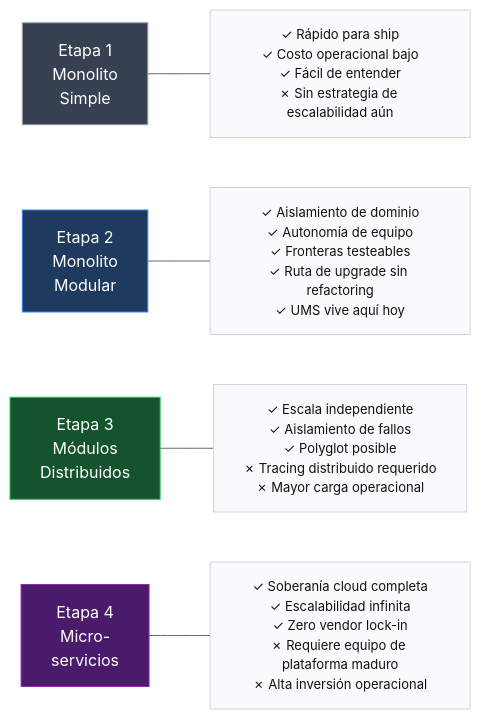
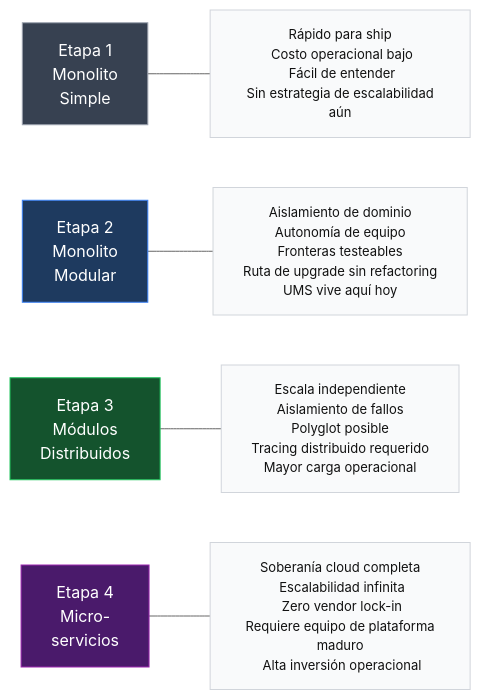
One commit to beyondnetcode/evolith_arch32 changed the second of 4 diagrams in reference/governance/standards/communication/visuals/v02-progressive-journey.es.md. Above: the diagram before and after it, drawn with Mermaid (neutral theme). The commit also changed other lines of this file and 41 other files, not shown here.

````diff
--- a/reference/governance/standards/communication/visuals/v02-progressive-journey.es.md
+++ b/reference/governance/standards/communication/visuals/v02-progressive-journey.es.md
@@ -62,18 +62,18 @@
 ```mermaid
 flowchart LR
     classDef s1 fill:#374151,stroke:#9ca3af,color:#fff
     classDef s2 fill:#1e3a5f,stroke:#3b82f6,color:#fff
     classDef s3 fill:#14532d,stroke:#22c55e,color:#fff
     classDef s4 fill:#4a1a6b,stroke:#9c27b0,color:#fff
     classDef cap fill:#f9fafb,stroke:#d1d5db,color:#111,font-size:13px
 
     S1["Etapa 1\nMonolito\nSimple"]:::s1
     S2["Etapa 2\nMonolito\nModular"]:::s2
     S3["Etapa 3\nMódulos\nDistribuidos"]:::s3
     S4["Etapa 4\nMicro-\nservicios"]:::s4
 
-    S1 --- C1["✓ Rápido para ship\n✓ Costo operacional bajo\n✓ Fácil de entender\n✗ Sin estrategia de escalabilidad aún"]:::cap
-    S2 --- C2["✓ Aislamiento de dominio\n✓ Autonomía de equipo\n✓ Fronteras testeables\n✓ Ruta de upgrade sin refactoring\n✓ UMS vive aquí hoy"]:::cap
-    S3 --- C3["✓ Escala independiente\n✓ Aislamiento de fallos\n✓ Polyglot posible\n✗ Tracing distribuido requerido\n✗ Mayor carga operacional"]:::cap
-    S4 --- C4["✓ Soberanía cloud completa\n✓ Escalabilidad infinita\n✓ Zero vendor lock-in\n✗ Requiere equipo de plataforma maduro\n✗ Alta inversión operacional"]:::cap
+    S1 --- C1[" Rápido para ship\n Costo operacional bajo\n Fácil de entender\n Sin estrategia de escalabilidad aún"]:::cap
+    S2 --- C2[" Aislamiento de dominio\n Autonomía de equipo\n Fronteras testeables\n Ruta de upgrade sin refactoring\n UMS vive aquí hoy"]:::cap
+    S3 --- C3[" Escala independiente\n Aislamiento de fallos\n Polyglot posible\n Tracing distribuido requerido\n Mayor carga operacional"]:::cap
+    S4 --- C4[" Soberanía cloud completa\n Escalabilidad infinita\n Zero vendor lock-in\n Requiere equipo de plataforma maduro\n Alta inversión operacional"]:::cap
 ```
````
